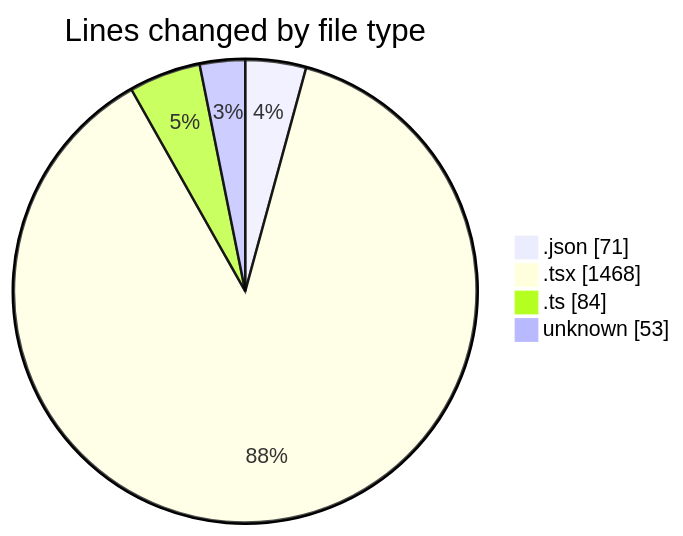
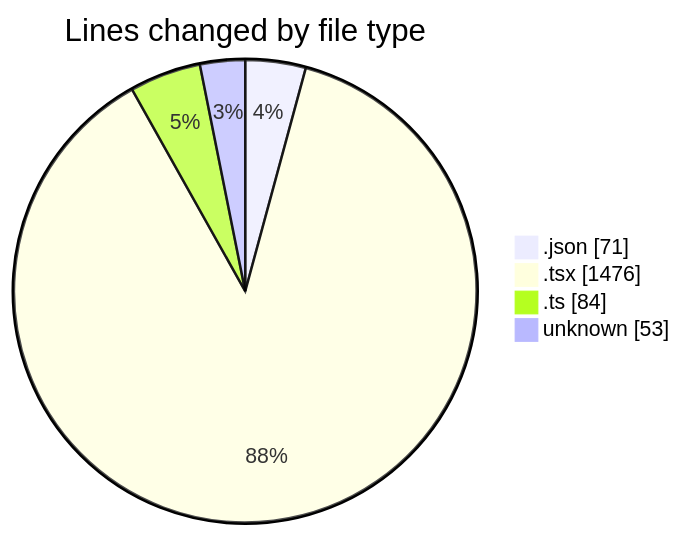
The first of 2 diagrams in 2026-01-29/cda/README.md (momahboobian/code-tracking), drawn with Mermaid before and after one commit. The commit also changed other lines of this file and 1 other file, not shown here.

````diff
--- a/2026-01-29/cda/README.md
+++ b/2026-01-29/cda/README.md
@@ -23,8 +23,8 @@
 ```mermaid
 pie showData
 title Lines changed by file type
 ".json" : 71
-".tsx" : 1468
+".tsx" : 1476
 ".ts" : 84
 "unknown" : 53
 ```
````
